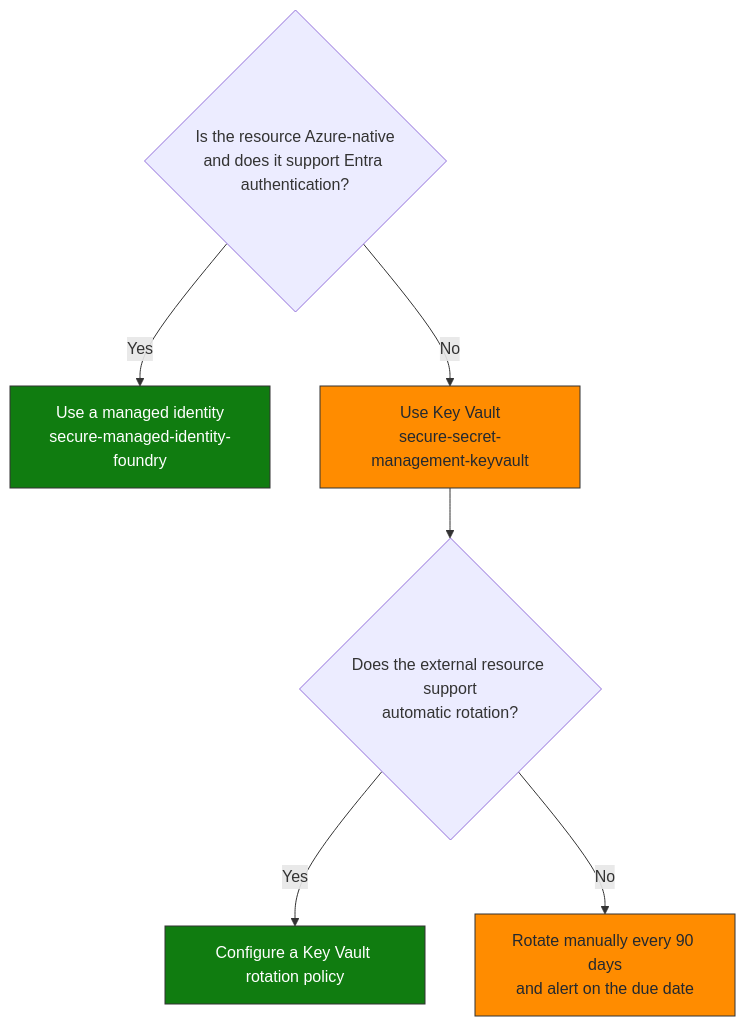
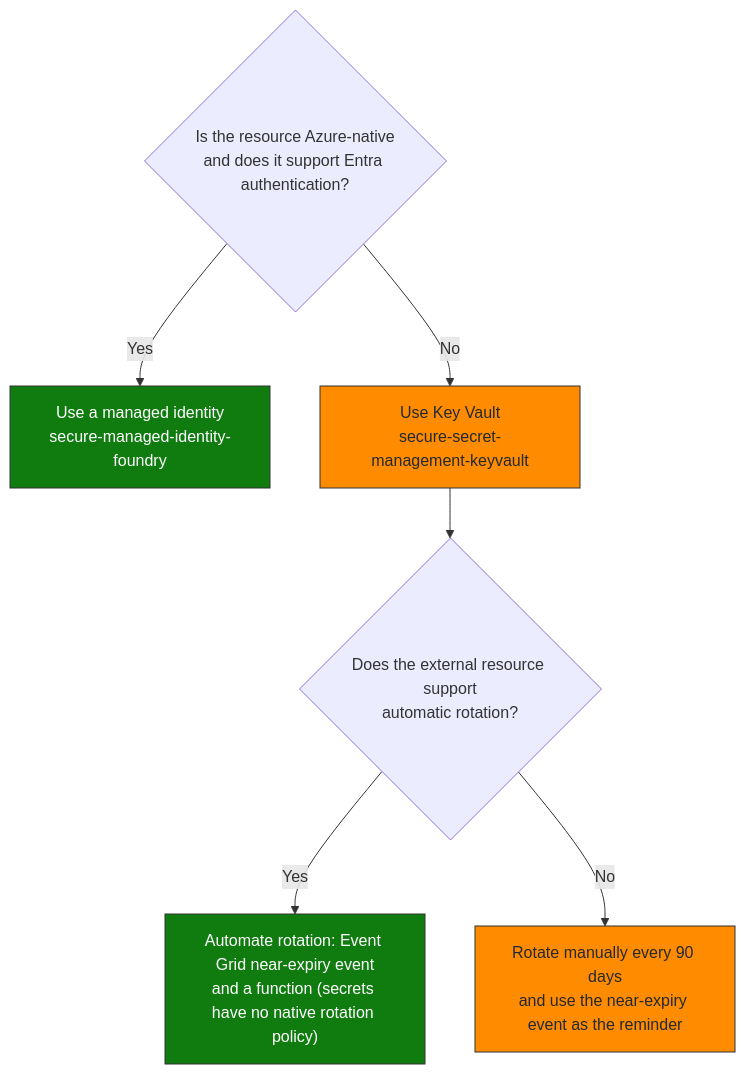
The second of 2 diagrams in skills/secure/README.md (jcastanedacano/agent-zero), drawn with Mermaid before and after one commit. The commit also changed 7 other files, not shown here.

````diff
--- a/skills/secure/README.md
+++ b/skills/secure/README.md
@@ -41,14 +41,14 @@
 ```mermaid
 flowchart TD
     Q1{"Is the resource Azure-native<br/>and does it support Entra authentication?"}
     Q1 -- "Yes" --> MI["Use a managed identity<br/>secure-managed-identity-foundry"]
     Q1 -- "No" --> KV["Use Key Vault<br/>secure-secret-management-keyvault"]
     KV --> Q2{"Does the external resource support<br/>automatic rotation?"}
-    Q2 -- "Yes" --> R1["Configure a Key Vault rotation policy"]
-    Q2 -- "No" --> R2["Rotate manually every 90 days<br/>and alert on the due date"]
+    Q2 -- "Yes" --> R1["Automate rotation: Event Grid near-expiry event<br/>and a function (secrets have no native rotation policy)"]
+    Q2 -- "No" --> R2["Rotate manually every 90 days<br/>and use the near-expiry event as the reminder"]
 
     classDef good fill:#107C10,stroke:#333,color:#fff
     classDef warn fill:#FF8C00,stroke:#333,color:#24292f
     class MI,R1 good
     class KV,R2 warn
 ```
````
